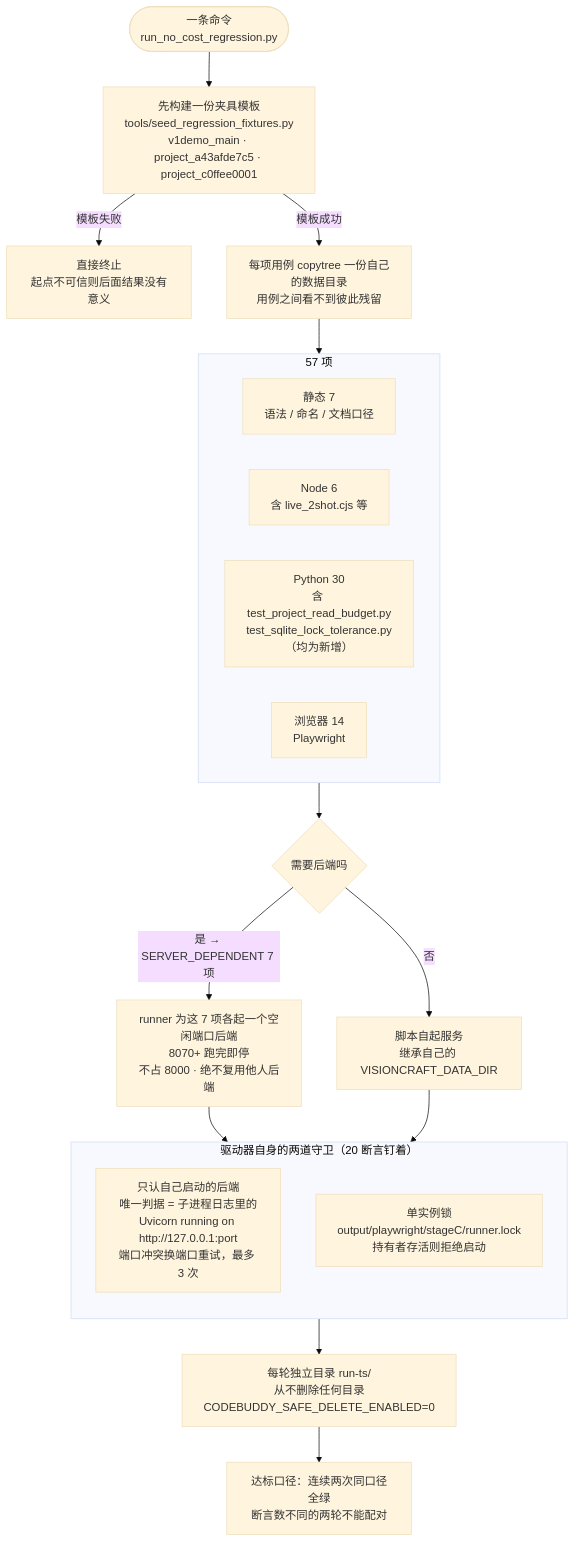
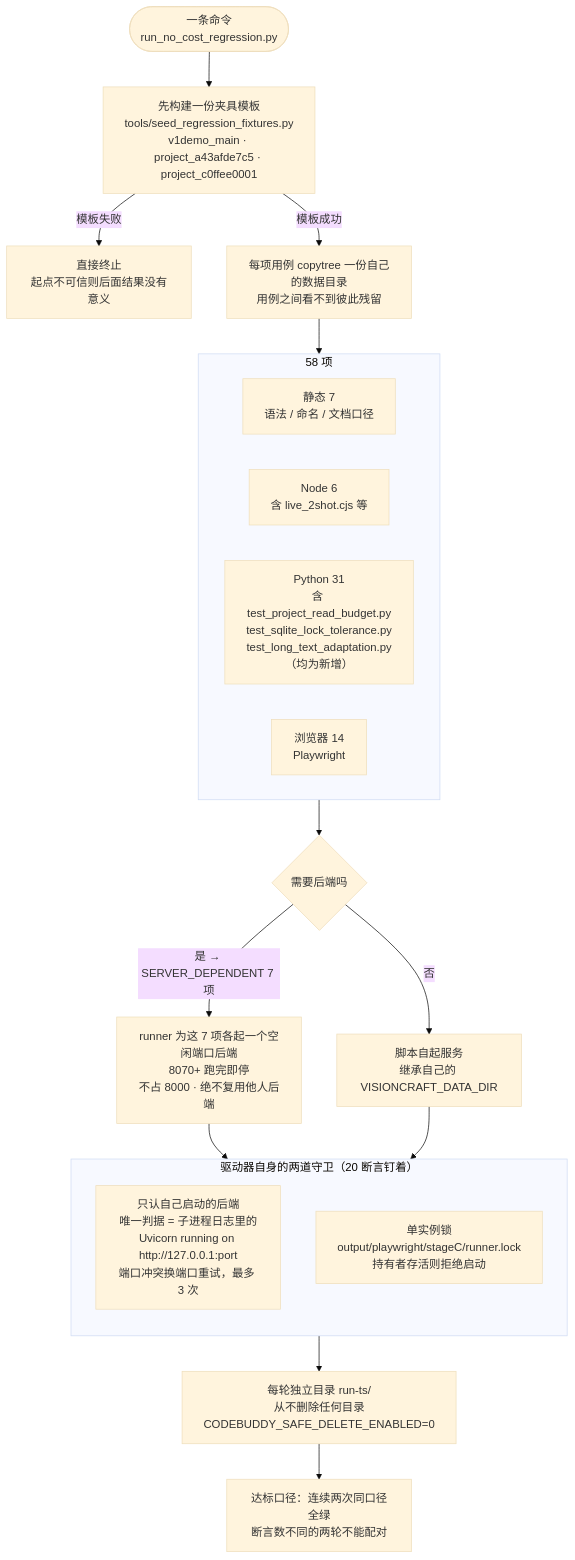
Before and after one commit to Bamzzo/VisionCraft: diagram 11 of 20 in docs/visioncraft-diagrams.md, drawn with Mermaid (base theme). The commit also changed other lines of this file and 6 other files, not shown here.

````diff
--- a/docs/visioncraft-diagrams.md
+++ b/docs/visioncraft-diagrams.md
@@ -363,31 +365,31 @@
 ```mermaid
 flowchart TB
   START(["一条命令<br/>run_no_cost_regression.py"]) --> TPL["先构建一份夹具模板<br/>tools/seed_regression_fixtures.py<br/>v1demo_main · project_a43afde7c5 · project_c0ffee0001"]
   TPL -- "模板失败" --> ABORT["直接终止<br/>起点不可信则后面结果没有意义"]
   TPL -- "模板成功" --> COPY["每项用例 copytree 一份自己的数据目录<br/>用例之间看不到彼此残留"]
 
   COPY --> GROUPS
 
-  subgraph GROUPS["57 项"]
+  subgraph GROUPS["58 项"]
     direction LR
     G1["静态 7<br/>语法 / 命名 / 文档口径"]
     G2["Node 6<br/>含 live_2shot.cjs 等"]
-    G3["Python 30<br/>含 test_project_read_budget.py<br/>test_sqlite_lock_tolerance.py（均为新增）"]
+    G3["Python 31<br/>含 test_project_read_budget.py<br/>test_sqlite_lock_tolerance.py<br/>test_long_text_adaptation.py（均为新增）"]
     G4["浏览器 14<br/>Playwright"]
   end
 
   GROUPS --> NEED{"需要后端吗"}
   NEED -- "是 → SERVER_DEPENDENT 7 项" --> SRV["runner 为这 7 项各起一个空闲端口后端<br/>8070+ 跑完即停<br/>不占 8000 · 绝不复用他人后端"]
   NEED -- "否" --> SELF["脚本自起服务<br/>继承自己的 VISIONCRAFT_DATA_DIR"]
   SRV --> GUARD
   SELF --> GUARD
 
   subgraph GUARD["驱动器自身的两道守卫（20 断言钉着）"]
     direction TB
     U1["只认自己启动的后端<br/>唯一判据 = 子进程日志里的<br/>Uvicorn running on http://127.0.0.1:port<br/>端口冲突换端口重试，最多 3 次"]
     U2["单实例锁<br/>output/playwright/stageC/runner.lock<br/>持有者存活则拒绝启动"]
   end
 
   GUARD --> OUT["每轮独立目录 run-ts/<br/>从不删除任何目录<br/>CODEBUDDY_SAFE_DELETE_ENABLED=0"]
   OUT --> VERD["达标口径：连续两次同口径全绿<br/>断言数不同的两轮不能配对"]
 ```
````
